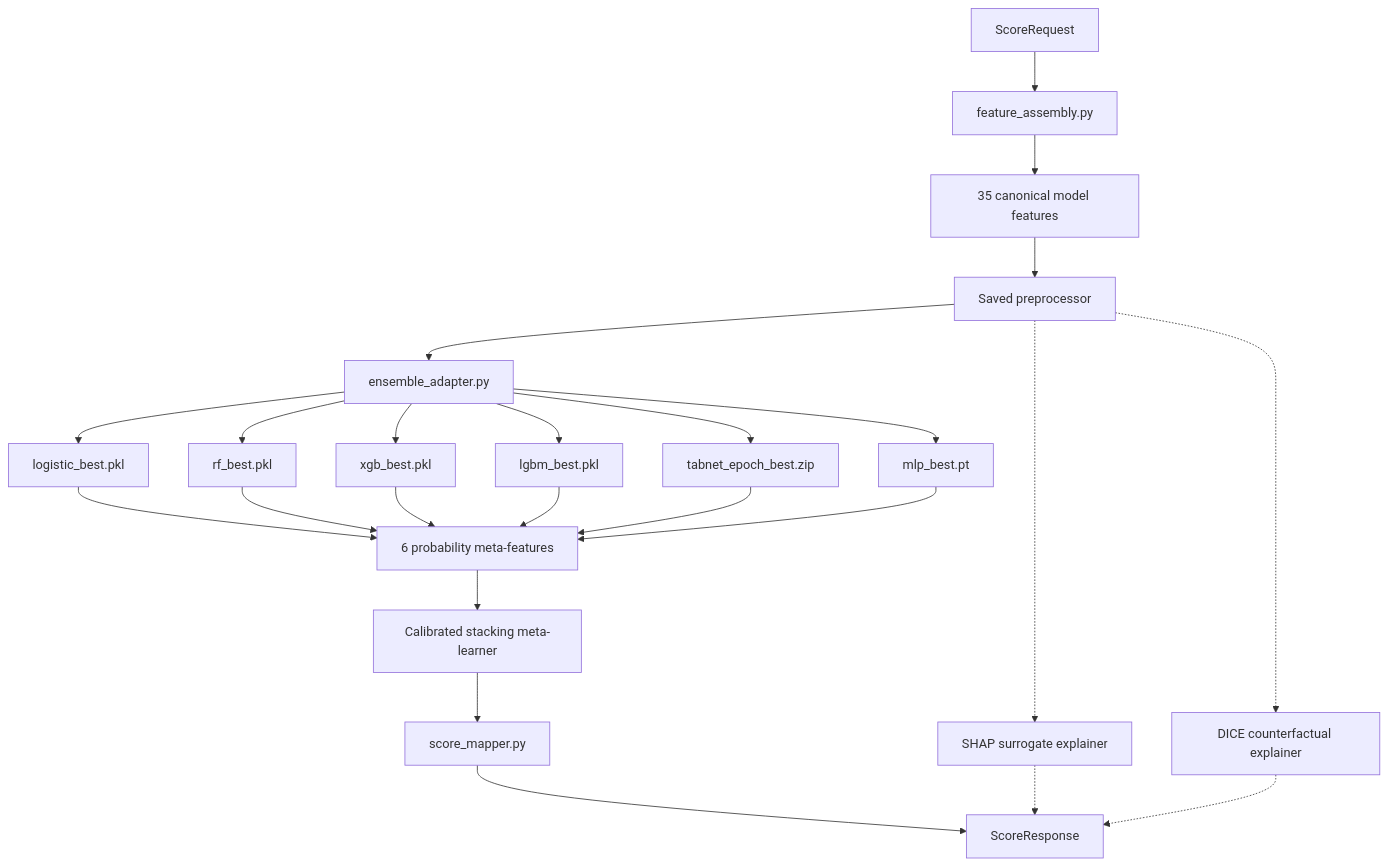
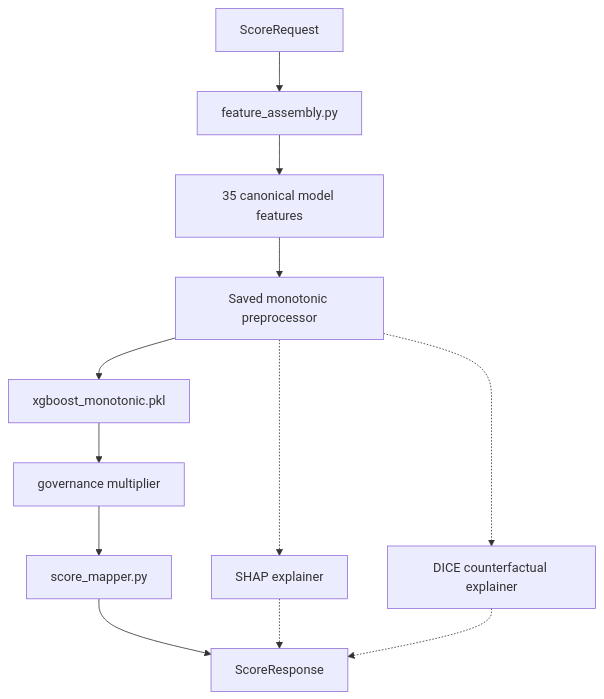
The diagram in docs/BACKEND_RUNTIME_ARCHITECTURE.md (kaustubh-dot/AlterScore), drawn with Mermaid before and after one commit. The commit also changed other lines of this file and 29 other files, not shown here.

````diff
--- a/docs/BACKEND_RUNTIME_ARCHITECTURE.md
+++ b/docs/BACKEND_RUNTIME_ARCHITECTURE.md
@@ -26,26 +22,14 @@
 ```mermaid
 flowchart TD
     A["ScoreRequest"] --> B["feature_assembly.py"]
     B --> C["35 canonical model features"]
-    C --> D["Saved preprocessor"]
-    D --> E["ensemble_adapter.py"]
-    E --> F1["logistic_best.pkl"]
-    E --> F2["rf_best.pkl"]
-    E --> F3["xgb_best.pkl"]
-    E --> F4["lgbm_best.pkl"]
-    E --> F5["tabnet_epoch_best.zip"]
-    E --> F6["mlp_best.pt"]
-    F1 --> G["6 probability meta-features"]
-    F2 --> G
-    F3 --> G
-    F4 --> G
-    F5 --> G
-    F6 --> G
-    G --> H["Calibrated stacking meta-learner"]
-    H --> I["score_mapper.py"]
-    I --> J["ScoreResponse"]
-    D -.-> K["SHAP surrogate explainer"]
-    K -.-> J
-    D -.-> L["DICE counterfactual explainer"]
-    L -.-> J
+    C --> D["Saved monotonic preprocessor"]
+    D --> E["xgboost_monotonic.pkl"]
+    E --> F["governance multiplier"]
+    F --> G["score_mapper.py"]
+    G --> H["ScoreResponse"]
+    D -.-> I["SHAP explainer"]
+    I -.-> H
+    D -.-> J["DICE counterfactual explainer"]
+    J -.-> H
 ```
````
